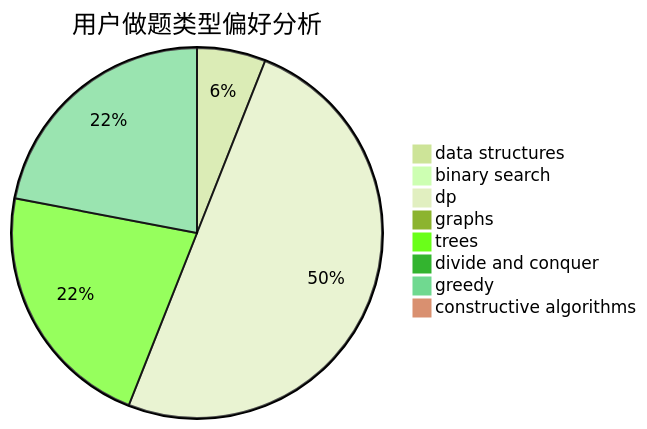
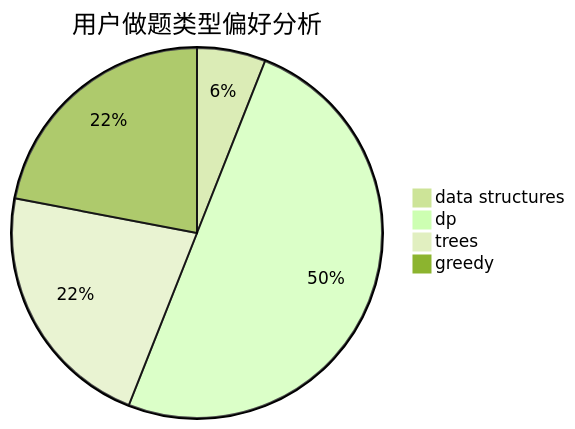
The second of 3 diagrams in docs/user/u419.md (sherpahu/cfrs.github.io), drawn with Mermaid (forest theme) before and after one commit. The commit also changed other lines of this file and 2770 other files, not shown here.

````diff
--- a/docs/user/u419.md
+++ b/docs/user/u419.md
@@ -18,11 +12,7 @@
 ```mermaid
 pie title 用户做题类型偏好分析
     "data structures" :  3
-    "binary search" :  0
     "dp" :  25
-    "graphs" :  0
     "trees" :  11
-    "divide and conquer" :  0
     "greedy" :  11
-    "constructive algorithms" :  0
 ```
````
